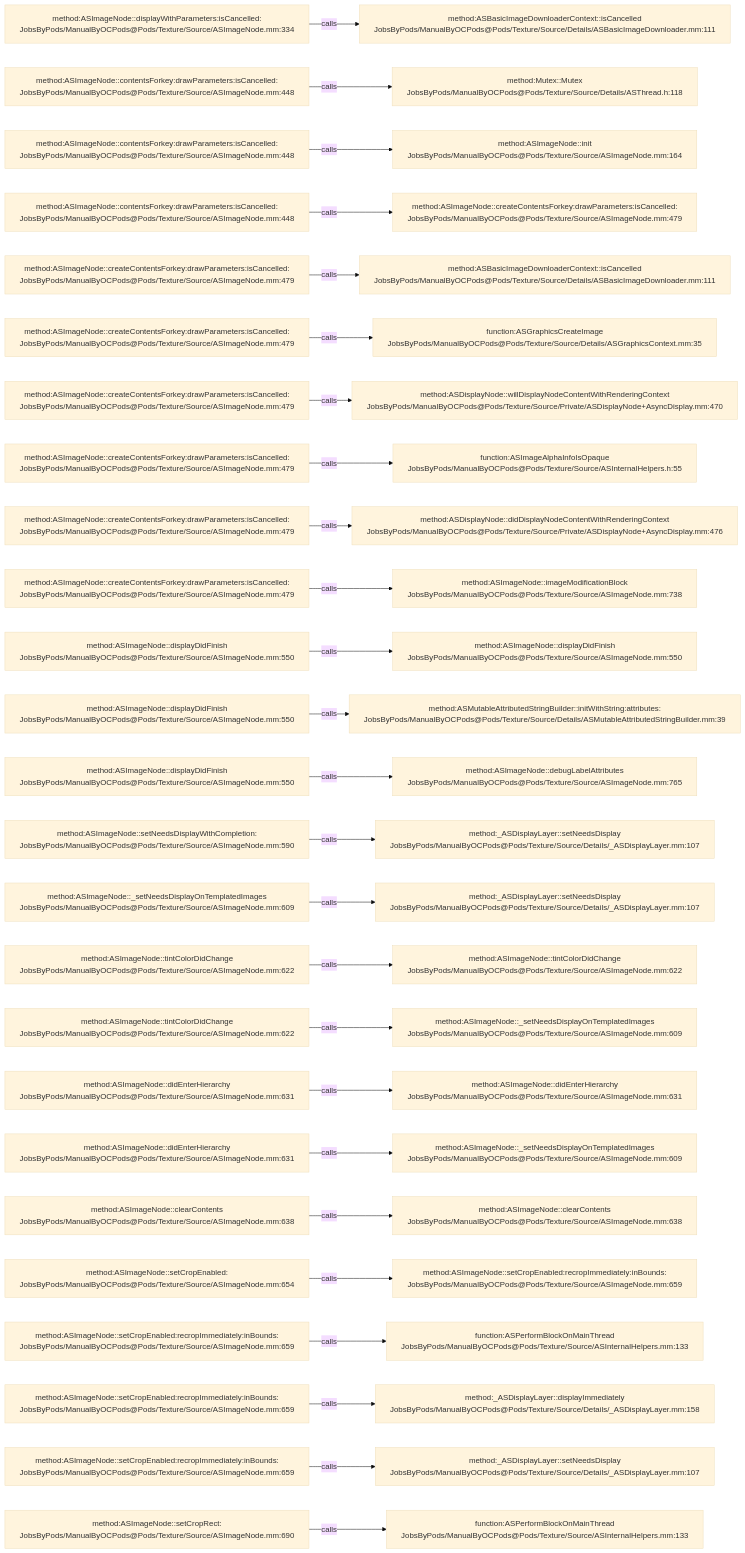
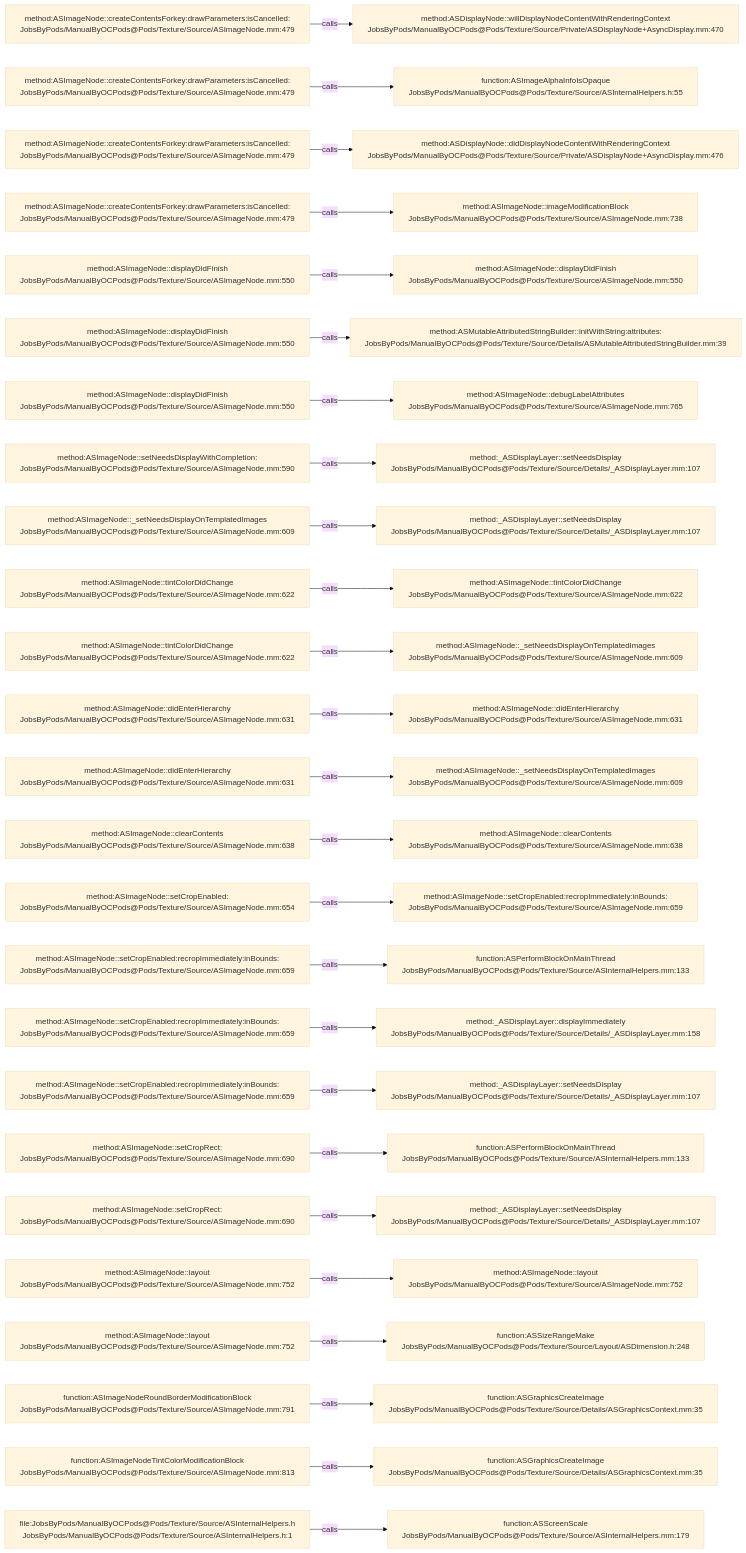
One commit to JobsKits/JobsOCBaseConfigDemo changed the diagram in .codegraph/codegraph.md/graphs/calls-102.md. Above: the diagram before and after it, drawn with Mermaid (base theme). The commit also changed 666 other files, not shown here.

````diff
--- a/.codegraph/codegraph.md/graphs/calls-102.md
+++ b/.codegraph/codegraph.md/graphs/calls-102.md
@@ -13,78 +13,78 @@
 ```mermaid
 flowchart LR
-  S1["method:ASImageNode::displayWithParameters:isCancelled:<br/>JobsByPods/ManualByOCPods@Pods/Texture/Source/ASImageNode.mm:334"]
-  T1["method:ASBasicImageDownloaderContext::isCancelled<br/>JobsByPods/ManualByOCPods@Pods/Texture/Source/Details/ASBasicImageDownloader.mm:111"]
+  S1["method:ASImageNode::createContentsForkey:drawParameters:isCancelled:<br/>JobsByPods/ManualByOCPods@Pods/Texture/Source/ASImageNode.mm:479"]
+  T1["method:ASDisplayNode::willDisplayNodeContentWithRenderingContext<br/>JobsByPods/ManualByOCPods@Pods/Texture/Source/Private/ASDisplayNode+AsyncDisplay.mm:470"]
   S1 -->|calls| T1
-  S2["method:ASImageNode::contentsForkey:drawParameters:isCancelled:<br/>JobsByPods/ManualByOCPods@Pods/Texture/Source/ASImageNode.mm:448"]
-  T2["method:Mutex::Mutex<br/>JobsByPods/ManualByOCPods@Pods/Texture/Source/Details/ASThread.h:118"]
+  S2["method:ASImageNode::createContentsForkey:drawParameters:isCancelled:<br/>JobsByPods/ManualByOCPods@Pods/Texture/Source/ASImageNode.mm:479"]
+  T2["function:ASImageAlphaInfoIsOpaque<br/>JobsByPods/ManualByOCPods@Pods/Texture/Source/ASInternalHelpers.h:55"]
   S2 -->|calls| T2
-  S3["method:ASImageNode::contentsForkey:drawParameters:isCancelled:<br/>JobsByPods/ManualByOCPods@Pods/Texture/Source/ASImageNode.mm:448"]
-  T3["method:ASImageNode::init<br/>JobsByPods/ManualByOCPods@Pods/Texture/Source/ASImageNode.mm:164"]
+  S3["method:ASImageNode::createContentsForkey:drawParameters:isCancelled:<br/>JobsByPods/ManualByOCPods@Pods/Texture/Source/ASImageNode.mm:479"]
+  T3["method:ASDisplayNode::didDisplayNodeContentWithRenderingContext<br/>JobsByPods/ManualByOCPods@Pods/Texture/Source/Private/ASDisplayNode+AsyncDisplay.mm:476"]
   S3 -->|calls| T3
-  S4["method:ASImageNode::contentsForkey:drawParameters:isCancelled:<br/>JobsByPods/ManualByOCPods@Pods/Texture/Source/ASImageNode.mm:448"]
-  T4["method:ASImageNode::createContentsForkey:drawParameters:isCancelled:<br/>JobsByPods/ManualByOCPods@Pods/Texture/Source/ASImageNode.mm:479"]
+  S4["method:ASImageNode::createContentsForkey:drawParameters:isCancelled:<br/>JobsByPods/ManualByOCPods@Pods/Texture/Source/ASImageNode.mm:479"]
+  T4["method:ASImageNode::imageModificationBlock<br/>JobsByPods/ManualByOCPods@Pods/Texture/Source/ASImageNode.mm:738"]
   S4 -->|calls| T4
-  S5["method:ASImageNode::createContentsForkey:drawParameters:isCancelled:<br/>JobsByPods/ManualByOCPods@Pods/Texture/Source/ASImageNode.mm:479"]
-  T5["method:ASBasicImageDownloaderContext::isCancelled<br/>JobsByPods/ManualByOCPods@Pods/Texture/Source/Details/ASBasicImageDownloader.mm:111"]
+  S5["method:ASImageNode::displayDidFinish<br/>JobsByPods/ManualByOCPods@Pods/Texture/Source/ASImageNode.mm:550"]
+  T5["method:ASImageNode::displayDidFinish<br/>JobsByPods/ManualByOCPods@Pods/Texture/Source/ASImageNode.mm:550"]
   S5 -->|calls| T5
-  S6["method:ASImageNode::createContentsForkey:drawParameters:isCancelled:<br/>JobsByPods/ManualByOCPods@Pods/Texture/Source/ASImageNode.mm:479"]
-  T6["function:ASGraphicsCreateImage<br/>JobsByPods/ManualByOCPods@Pods/Texture/Source/Details/ASGraphicsContext.mm:35"]
+  S6["method:ASImageNode::displayDidFinish<br/>JobsByPods/ManualByOCPods@Pods/Texture/Source/ASImageNode.mm:550"]
+  T6["method:ASMutableAttributedStringBuilder::initWithString:attributes:<br/>JobsByPods/ManualByOCPods@Pods/Texture/Source/Details/ASMutableAttributedStringBuilder.mm:39"]
   S6 -->|calls| T6
-  S7["method:ASImageNode::createContentsForkey:drawParameters:isCancelled:<br/>JobsByPods/ManualByOCPods@Pods/Texture/Source/ASImageNode.mm:479"]
-  T7["method:ASDisplayNode::willDisplayNodeContentWithRenderingContext<br/>JobsByPods/ManualByOCPods@Pods/Texture/Source/Private/ASDisplayNode+AsyncDisplay.mm:470"]
+  S7["method:ASImageNode::displayDidFinish<br/>JobsByPods/ManualByOCPods@Pods/Texture/Source/ASImageNode.mm:550"]
+  T7["method:ASImageNode::debugLabelAttributes<br/>JobsByPods/ManualByOCPods@Pods/Texture/Source/ASImageNode.mm:765"]
   S7 -->|calls| T7
-  S8["method:ASImageNode::createContentsForkey:drawParameters:isCancelled:<br/>JobsByPods/ManualByOCPods@Pods/Texture/Source/ASImageNode.mm:479"]
-  T8["function:ASImageAlphaInfoIsOpaque<br/>JobsByPods/ManualByOCPods@Pods/Texture/Source/ASInternalHelpers.h:55"]
+  S8["method:ASImageNode::setNeedsDisplayWithCompletion:<br/>JobsByPods/ManualByOCPods@Pods/Texture/Source/ASImageNode.mm:590"]
+  T8["method:_ASDisplayLayer::setNeedsDisplay<br/>JobsByPods/ManualByOCPods@Pods/Texture/Source/Details/_ASDisplayLayer.mm:107"]
   S8 -->|calls| T8
-  S9["method:ASImageNode::createContentsForkey:drawParameters:isCancelled:<br/>JobsByPods/ManualByOCPods@Pods/Texture/Source/ASImageNode.mm:479"]
-  T9["method:ASDisplayNode::didDisplayNodeContentWithRenderingContext<br/>JobsByPods/ManualByOCPods@Pods/Texture/Source/Private/ASDisplayNode+AsyncDisplay.mm:476"]
+  S9["method:ASImageNode::_setNeedsDisplayOnTemplatedImages<br/>JobsByPods/ManualByOCPods@Pods/Texture/Source/ASImageNode.mm:609"]
+  T9["method:_ASDisplayLayer::setNeedsDisplay<br/>JobsByPods/ManualByOCPods@Pods/Texture/Source/Details/_ASDisplayLayer.mm:107"]
   S9 -->|calls| T9
-  S10["method:ASImageNode::createContentsForkey:drawParameters:isCancelled:<br/>JobsByPods/ManualByOCPods@Pods/Texture/Source/ASImageNode.mm:479"]
-  T10["method:ASImageNode::imageModificationBlock<br/>JobsByPods/ManualByOCPods@Pods/Texture/Source/ASImageNode.mm:738"]
+  S10["method:ASImageNode::tintColorDidChange<br/>JobsByPods/ManualByOCPods@Pods/Texture/Source/ASImageNode.mm:622"]
+  T10["method:ASImageNode::tintColorDidChange<br/>JobsByPods/ManualByOCPods@Pods/Texture/Source/ASImageNode.mm:622"]
   S10 -->|calls| T10
-  S11["method:ASImageNode::displayDidFinish<br/>JobsByPods/ManualByOCPods@Pods/Texture/Source/ASImageNode.mm:550"]
-  T11["method:ASImageNode::displayDidFinish<br/>JobsByPods/ManualByOCPods@Pods/Texture/Source/ASImageNode.mm:550"]
+  S11["method:ASImageNode::tintColorDidChange<br/>JobsByPods/ManualByOCPods@Pods/Texture/Source/ASImageNode.mm:622"]
+  T11["method:ASImageNode::_setNeedsDisplayOnTemplatedImages<br/>JobsByPods/ManualByOCPods@Pods/Texture/Source/ASImageNode.mm:609"]
   S11 -->|calls| T11
-  S12["method:ASImageNode::displayDidFinish<br/>JobsByPods/ManualByOCPods@Pods/Texture/Source/ASImageNode.mm:550"]
-  T12["method:ASMutableAttributedStringBuilder::initWithString:attributes:<br/>JobsByPods/ManualByOCPods@Pods/Texture/Source/Details/ASMutableAttributedStringBuilder.mm:39"]
+  S12["method:ASImageNode::didEnterHierarchy<br/>JobsByPods/ManualByOCPods@Pods/Texture/Source/ASImageNode.mm:631"]
+  T12["method:ASImageNode::didEnterHierarchy<br/>JobsByPods/ManualByOCPods@Pods/Texture/Source/ASImageNode.mm:631"]
   S12 -->|calls| T12
-  S13["method:ASImageNode::displayDidFinish<br/>JobsByPods/ManualByOCPods@Pods/Texture/Source/ASImageNode.mm:550"]
-  T13["method:ASImageNode::debugLabelAttributes<br/>JobsByPods/ManualByOCPods@Pods/Texture/Source/ASImageNode.mm:765"]
+  S13["method:ASImageNode::didEnterHierarchy<br/>JobsByPods/ManualByOCPods@Pods/Texture/Source/ASImageNode.mm:631"]
+  T13["method:ASImageNode::_setNeedsDisplayOnTemplatedImages<br/>JobsByPods/ManualByOCPods@Pods/Texture/Source/ASImageNode.mm:609"]
   S13 -->|calls| T13
-  S14["method:ASImageNode::setNeedsDisplayWithCompletion:<br/>JobsByPods/ManualByOCPods@Pods/Texture/Source/ASImageNode.mm:590"]
-  T14["method:_ASDisplayLayer::setNeedsDisplay<br/>JobsByPods/ManualByOCPods@Pods/Texture/Source/Details/_ASDisplayLayer.mm:107"]
+  S14["method:ASImageNode::clearContents<br/>JobsByPods/ManualByOCPods@Pods/Texture/Source/ASImageNode.mm:638"]
+  T14["method:ASImageNode::clearContents<br/>JobsByPods/ManualByOCPods@Pods/Texture/Source/ASImageNode.mm:638"]
   S14 -->|calls| T14
-  S15["method:ASImageNode::_setNeedsDisplayOnTemplatedImages<br/>JobsByPods/ManualByOCPods@Pods/Texture/Source/ASImageNode.mm:609"]
-  T15["method:_ASDisplayLayer::setNeedsDisplay<br/>JobsByPods/ManualByOCPods@Pods/Texture/Source/Details/_ASDisplayLayer.mm:107"]
+  S15["method:ASImageNode::setCropEnabled:<br/>JobsByPods/ManualByOCPods@Pods/Texture/Source/ASImageNode.mm:654"]
+  T15["method:ASImageNode::setCropEnabled:recropImmediately:inBounds:<br/>JobsByPods/ManualByOCPods@Pods/Texture/Source/ASImageNode.mm:659"]
   S15 -->|calls| T15
-  S16["method:ASImageNode::tintColorDidChange<br/>JobsByPods/ManualByOCPods@Pods/Texture/Source/ASImageNode.mm:622"]
-  T16["method:ASImageNode::tintColorDidChange<br/>JobsByPods/ManualByOCPods@Pods/Texture/Source/ASImageNode.mm:622"]
+  S16["method:ASImageNode::setCropEnabled:recropImmediately:inBounds:<br/>JobsByPods/ManualByOCPods@Pods/Texture/Source/ASImageNode.mm:659"]
+  T16["function:ASPerformBlockOnMainThread<br/>JobsByPods/ManualByOCPods@Pods/Texture/Source/ASInternalHelpers.mm:133"]
   S16 -->|calls| T16
-  S17["method:ASImageNode::tintColorDidChange<br/>JobsByPods/ManualByOCPods@Pods/Texture/Source/ASImageNode.mm:622"]
-  T17["method:ASImageNode::_setNeedsDisplayOnTemplatedImages<br/>JobsByPods/ManualByOCPods@Pods/Texture/Source/ASImageNode.mm:609"]
+  S17["method:ASImageNode::setCropEnabled:recropImmediately:inBounds:<br/>JobsByPods/ManualByOCPods@Pods/Texture/Source/ASImageNode.mm:659"]
+  T17["method:_ASDisplayLayer::displayImmediately<br/>JobsByPods/ManualByOCPods@Pods/Texture/Source/Details/_ASDisplayLayer.mm:158"]
   S17 -->|calls| T17
-  S18["method:ASImageNode::didEnterHierarchy<br/>JobsByPods/ManualByOCPods@Pods/Texture/Source/ASImageNode.mm:631"]
-  T18["method:ASImageNode::didEnterHierarchy<br/>JobsByPods/ManualByOCPods@Pods/Texture/Source/ASImageNode.mm:631"]
+  S18["method:ASImageNode::setCropEnabled:recropImmediately:inBounds:<br/>JobsByPods/ManualByOCPods@Pods/Texture/Source/ASImageNode.mm:659"]
+  T18["method:_ASDisplayLayer::setNeedsDisplay<br/>JobsByPods/ManualByOCPods@Pods/Texture/Source/Details/_ASDisplayLayer.mm:107"]
   S18 -->|calls| T18
-  S19["method:ASImageNode::didEnterHierarchy<br/>JobsByPods/ManualByOCPods@Pods/Texture/Source/ASImageNode.mm:631"]
-  T19["method:ASImageNode::_setNeedsDisplayOnTemplatedImages<br/>JobsByPods/ManualByOCPods@Pods/Texture/Source/ASImageNode.mm:609"]
+  S19["method:ASImageNode::setCropRect:<br/>JobsByPods/ManualByOCPods@Pods/Texture/Source/ASImageNode.mm:690"]
+  T19["function:ASPerformBlockOnMainThread<br/>JobsByPods/ManualByOCPods@Pods/Texture/Source/ASInternalHelpers.mm:133"]
   S19 -->|calls| T19
-  S20["method:ASImageNode::clearContents<br/>JobsByPods/ManualByOCPods@Pods/Texture/Source/ASImageNode.mm:638"]
-  T20["method:ASImageNode::clearContents<br/>JobsByPods/ManualByOCPods@Pods/Texture/Source/ASImageNode.mm:638"]
+  S20["method:ASImageNode::setCropRect:<br/>JobsByPods/ManualByOCPods@Pods/Texture/Source/ASImageNode.mm:690"]
+  T20["method:_ASDisplayLayer::setNeedsDisplay<br/>JobsByPods/ManualByOCPods@Pods/Texture/Source/Details/_ASDisplayLayer.mm:107"]
   S20 -->|calls| T20
-  S21["method:ASImageNode::setCropEnabled:<br/>JobsByPods/ManualByOCPods@Pods/Texture/Source/ASImageNode.mm:654"]
-  T21["method:ASImageNode::setCropEnabled:recropImmediately:inBounds:<br/>JobsByPods/ManualByOCPods@Pods/Texture/Source/ASImageNode.mm:659"]
+  S21["method:ASImageNode::layout<br/>JobsByPods/ManualByOCPods@Pods/Texture/Source/ASImageNode.mm:752"]
+  T21["method:ASImageNode::layout<br/>JobsByPods/ManualByOCPods@Pods/Texture/Source/ASImageNode.mm:752"]
   S21 -->|calls| T21
-  S22["method:ASImageNode::setCropEnabled:recropImmediately:inBounds:<br/>JobsByPods/ManualByOCPods@Pods/Texture/Source/ASImageNode.mm:659"]
-  T22["function:ASPerformBlockOnMainThread<br/>JobsByPods/ManualByOCPods@Pods/Texture/Source/ASInternalHelpers.mm:133"]
+  S22["method:ASImageNode::layout<br/>JobsByPods/ManualByOCPods@Pods/Texture/Source/ASImageNode.mm:752"]
+  T22["function:ASSizeRangeMake<br/>JobsByPods/ManualByOCPods@Pods/Texture/Source/Layout/ASDimension.h:248"]
   S22 -->|calls| T22
-  S23["method:ASImageNode::setCropEnabled:recropImmediately:inBounds:<br/>JobsByPods/ManualByOCPods@Pods/Texture/Source/ASImageNode.mm:659"]
-  T23["method:_ASDisplayLayer::displayImmediately<br/>JobsByPods/ManualByOCPods@Pods/Texture/Source/Details/_ASDisplayLayer.mm:158"]
+  S23["function:ASImageNodeRoundBorderModificationBlock<br/>JobsByPods/ManualByOCPods@Pods/Texture/Source/ASImageNode.mm:791"]
+  T23["function:ASGraphicsCreateImage<br/>JobsByPods/ManualByOCPods@Pods/Texture/Source/Details/ASGraphicsContext.mm:35"]
   S23 -->|calls| T23
-  S24["method:ASImageNode::setCropEnabled:recropImmediately:inBounds:<br/>JobsByPods/ManualByOCPods@Pods/Texture/Source/ASImageNode.mm:659"]
-  T24["method:_ASDisplayLayer::setNeedsDisplay<br/>JobsByPods/ManualByOCPods@Pods/Texture/Source/Details/_ASDisplayLayer.mm:107"]
+  S24["function:ASImageNodeTintColorModificationBlock<br/>JobsByPods/ManualByOCPods@Pods/Texture/Source/ASImageNode.mm:813"]
+  T24["function:ASGraphicsCreateImage<br/>JobsByPods/ManualByOCPods@Pods/Texture/Source/Details/ASGraphicsContext.mm:35"]
   S24 -->|calls| T24
-  S25["method:ASImageNode::setCropRect:<br/>JobsByPods/ManualByOCPods@Pods/Texture/Source/ASImageNode.mm:690"]
-  T25["function:ASPerformBlockOnMainThread<br/>JobsByPods/ManualByOCPods@Pods/Texture/Source/ASInternalHelpers.mm:133"]
+  S25["file:JobsByPods/ManualByOCPods@Pods/Texture/Source/ASInternalHelpers.h<br/>JobsByPods/ManualByOCPods@Pods/Texture/Source/ASInternalHelpers.h:1"]
+  T25["function:ASScreenScale<br/>JobsByPods/ManualByOCPods@Pods/Texture/Source/ASInternalHelpers.mm:179"]
   S25 -->|calls| T25
 ```
````
